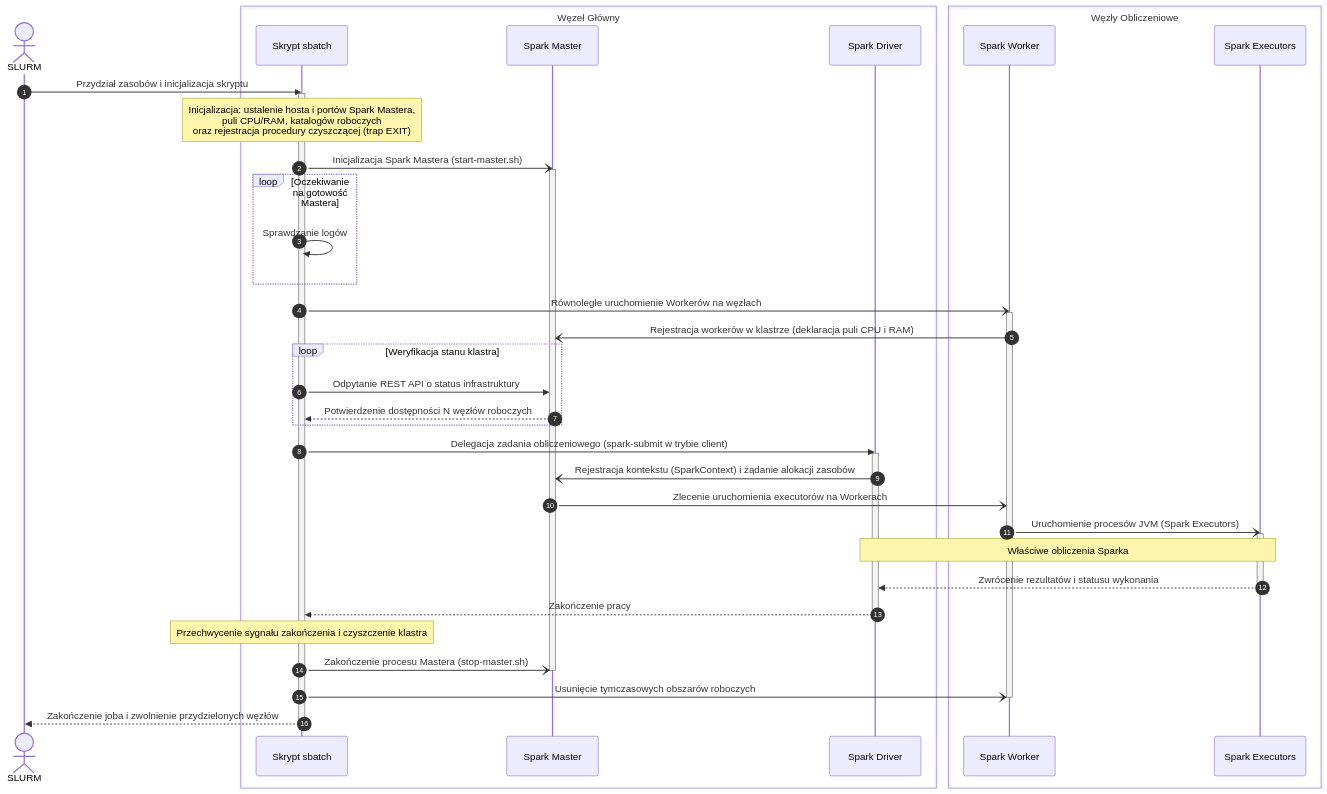
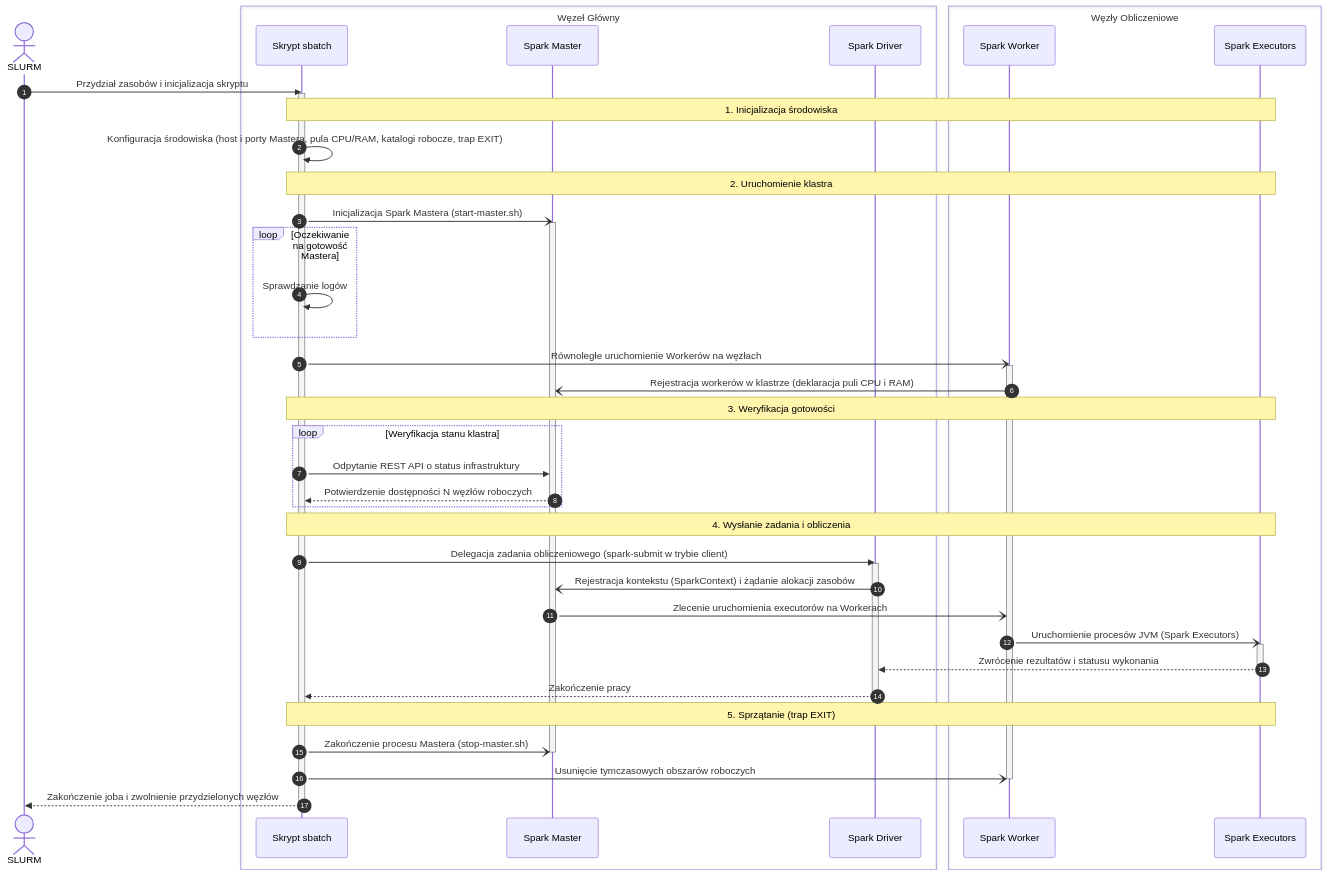
The third of 4 diagrams in README.md (natix-x/clustering-algorithms-benchmark), drawn with Mermaid before and after one commit. The commit also changed other lines of this file, not shown here.

````diff
--- a/README.md
+++ b/README.md
@@ -159,58 +165,57 @@
 ```mermaid
 sequenceDiagram
   autonumber
   actor SLURM as SLURM
 
   box Węzeł Główny 
     participant Script as Skrypt sbatch
     participant Master as Spark Master
     participant App as Spark Driver
   end
 
   box Węzły Obliczeniowe 
     participant Workers as Spark Worker
     participant Executors as Spark Executors
   end
 
   SLURM->>Script: Przydział zasobów i inicjalizacja skryptu
   activate Script
-  Note over Script: Inicjalizacja: ustalenie hosta i portów Spark Mastera,<br/>puli CPU/RAM, katalogów roboczych<br/>oraz rejestracja procedury czyszczącej (trap EXIT)
+  Note over Script,Executors: 1. Inicjalizacja środowiska
+  Script->>Script: Konfiguracja środowiska (host i porty Mastera, pula CPU/RAM, katalogi robocze, trap EXIT)
 
+  Note over Script,Executors: 2. Uruchomienie klastra
   Script-)Master: Inicjalizacja Spark Mastera (start-master.sh)
   activate Master
-
   loop Oczekiwanie na gotowość Mastera
     Script->>Script: Sprawdzanie logów 
   end
-
   Script-)Workers: Równoległe uruchomienie Workerów na węzłach
   activate Workers
   Workers-)Master: Rejestracja workerów w klastrze (deklaracja puli CPU i RAM)
 
+  Note over Script,Executors: 3. Weryfikacja gotowości
   loop Weryfikacja stanu klastra
     Script->>Master: Odpytanie REST API o status infrastruktury
     Master-->>Script: Potwierdzenie dostępności N węzłów roboczych
   end
 
+  Note over Script,Executors: 4. Wysłanie zadania i obliczenia
   Script->>App: Delegacja zadania obliczeniowego (spark-submit w trybie client)
   activate App
   App-)Master: Rejestracja kontekstu (SparkContext) i żądanie alokacji zasobów
   Master-)Workers: Zlecenie uruchomienia executorów na Workerach
   Workers-)Executors: Uruchomienie procesów JVM (Spark Executors)
   activate Executors
-
-  Note over App,Executors: Właściwe obliczenia Sparka
-
   Executors-->>App: Zwrócenie rezultatów i statusu wykonania
   deactivate Executors
   App-->>Script: Zakończenie pracy
   deactivate App
 
-  Note over Script: Przechwycenie sygnału zakończenia i czyszczenie klastra
+  Note over Script,Executors: 5. Sprzątanie (trap EXIT)
   Script-)Master: Zakończenie procesu Mastera (stop-master.sh)
   deactivate Master
   Script-)Workers: Usunięcie tymczasowych obszarów roboczych
   deactivate Workers
   Script-->>SLURM: Zakończenie joba i zwolnienie przydzielonych węzłów
   deactivate Script
 ```
````
